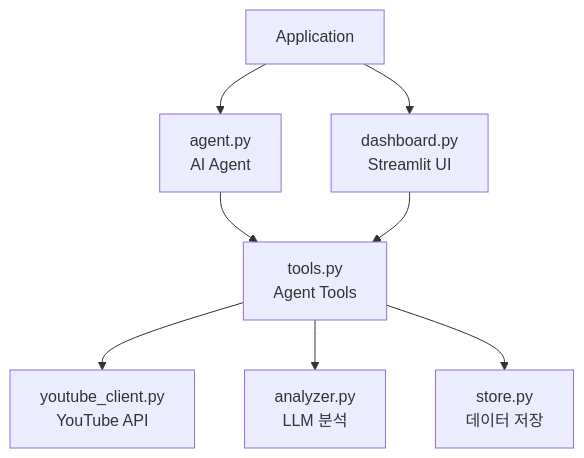
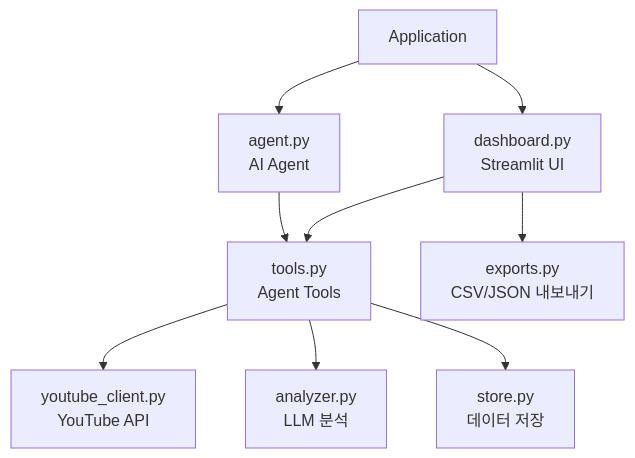
Before and after one commit to yejo0it/youtube-shorts-agent: the third of 3 diagrams in README.md, drawn with Mermaid. The commit also changed other lines of this file and 5 other files, not shown here.

````diff
--- a/README.md
+++ b/README.md
@@ -193,22 +220,24 @@
 ```mermaid
 graph TD
     APP["Application"]
 
     DASH["dashboard.py<br/>Streamlit UI"]
     AGENT["agent.py<br/>AI Agent"]
     TOOLS["tools.py<br/>Agent Tools"]
 
     YOUTUBE["youtube_client.py<br/>YouTube API"]
     ANALYZER["analyzer.py<br/>LLM 분석"]
     STORE["store.py<br/>데이터 저장"]
+    EXPORTS["exports.py<br/>CSV/JSON 내보내기"]
 
     APP --> DASH
     APP --> AGENT
 
     AGENT --> TOOLS
     DASH --> TOOLS
+    DASH --> EXPORTS
 
     TOOLS --> YOUTUBE
     TOOLS --> ANALYZER
     TOOLS --> STORE
 ```
````
